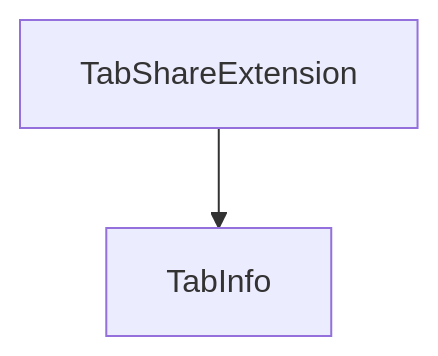
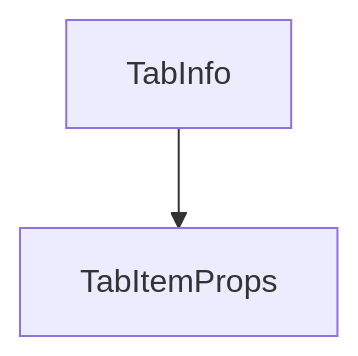
One commit to johnxie/awesome-code-docs changed the diagram in tutorials/playwright-mcp-tutorial/07-tooling-surface-and-automation-patterns.md. Above: the diagram before and after it, drawn with Mermaid. The commit also changed other lines of this file and 104 other files, not shown here.

````diff
--- a/tutorials/playwright-mcp-tutorial/07-tooling-surface-and-automation-patterns.md
+++ b/tutorials/playwright-mcp-tutorial/07-tooling-surface-and-automation-patterns.md
@@ -132,6 +129,6 @@
 ```mermaid
 flowchart TD
-    A[TabShareExtension]
-    B[TabInfo]
+    A[TabInfo]
+    B[TabItemProps]
     A --> B
 ```
````
